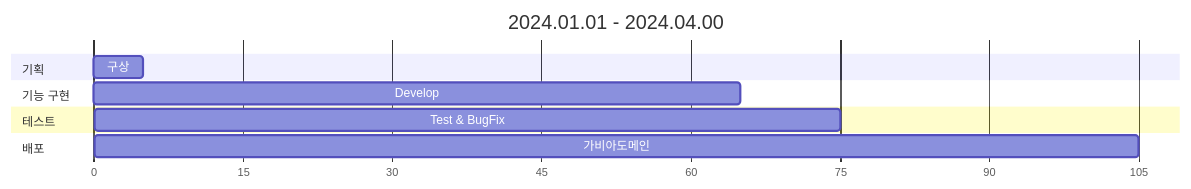
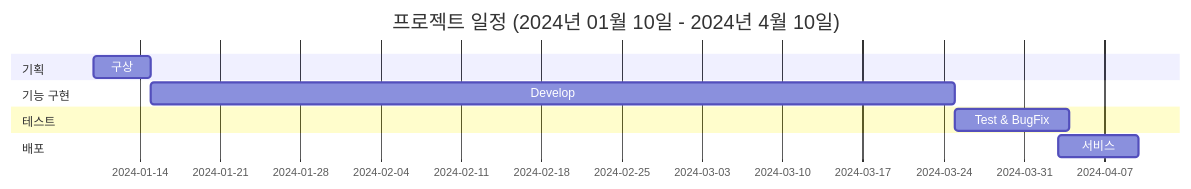
Before and after one commit to sujins0311/Board: the diagram in README.md, drawn with Mermaid. The commit also changed other lines of this file, not shown here.

````diff
--- a/README.md
+++ b/README.md
@@ -95,14 +92,16 @@
 ```mermaid
 gantt
-    title 2024.01.01 - 2024.04.00
-    dateFormat X
-    axisFormat %s
+    title 프로젝트 일정 (2024년 01월 10일 - 2024년 4월 10일)
+    dateFormat YYYY-MM-DD
     section 기획
-        구상: 0, 5
+        구상: a1, 2024-01-10, 5d
+
     section 기능 구현
-        Develop: 5, 65
+        Develop: a2, after a1, 70d
+
     section 테스트
-        Test & BugFix: 65, 75
+        Test & BugFix: a3, after a2, 10d
+
     section 배포
-        가비아도메인: 75, 105
+        서비스: a4, 2024-04-03, 7d
 ```
````
